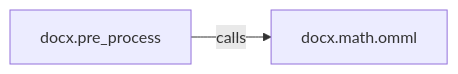
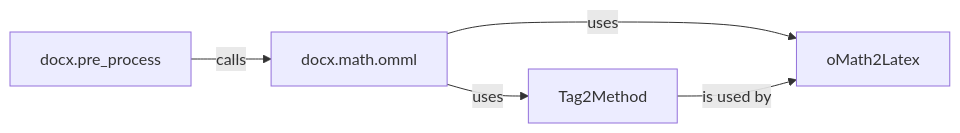
Before and after one commit to CodeBoarding/GeneratedOnBoardings: the diagram in markitdown/DOCX Preprocessor.md, drawn with Mermaid. The commit also changed other lines of this file and 10 other files, not shown here.

````diff
--- a/markitdown/DOCX Preprocessor.md
+++ b/markitdown/DOCX Preprocessor.md
@@ -1,6 +1,11 @@
 ```mermaid
 graph LR
     docx_pre_process["docx.pre_process"]
     docx_math_omml["docx.math.omml"]
+    oMath2Latex["oMath2Latex"]
+    Tag2Method["Tag2Method"]
     docx_pre_process -- "calls" --> docx_math_omml
+    docx_math_omml -- "uses" --> oMath2Latex
+    docx_math_omml -- "uses" --> Tag2Method
+    Tag2Method -- "is used by" --> oMath2Latex
 ```
````
